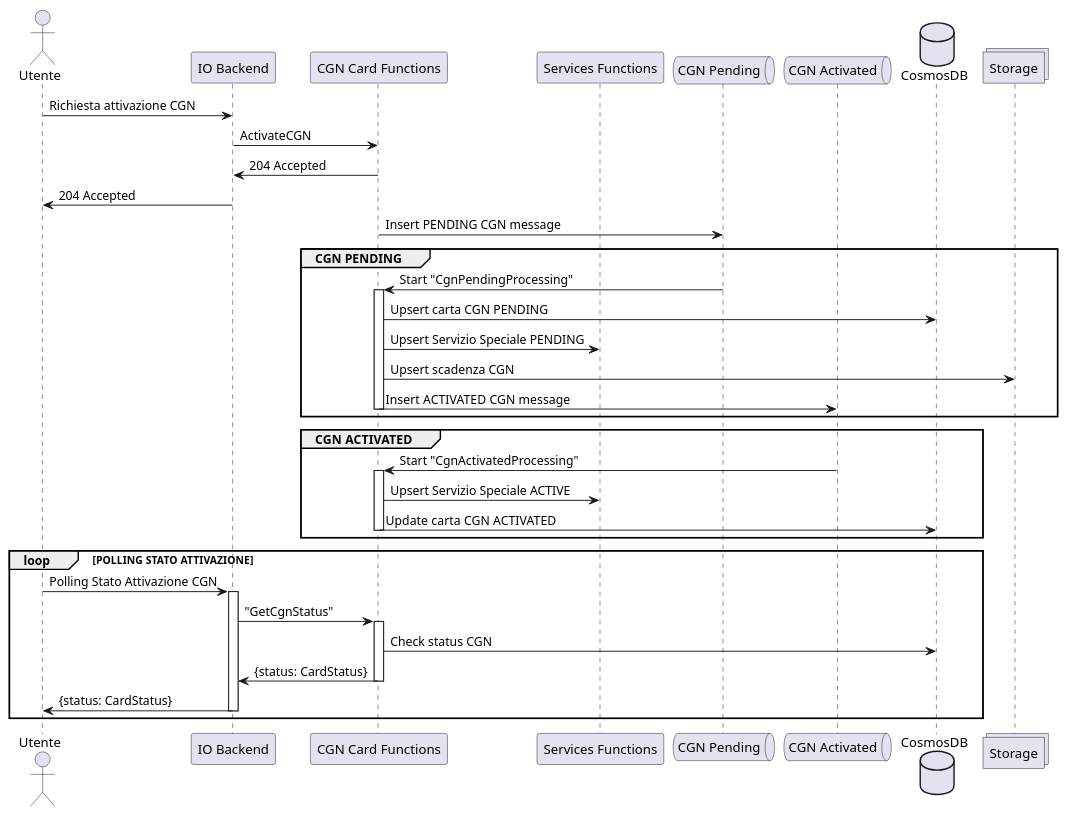
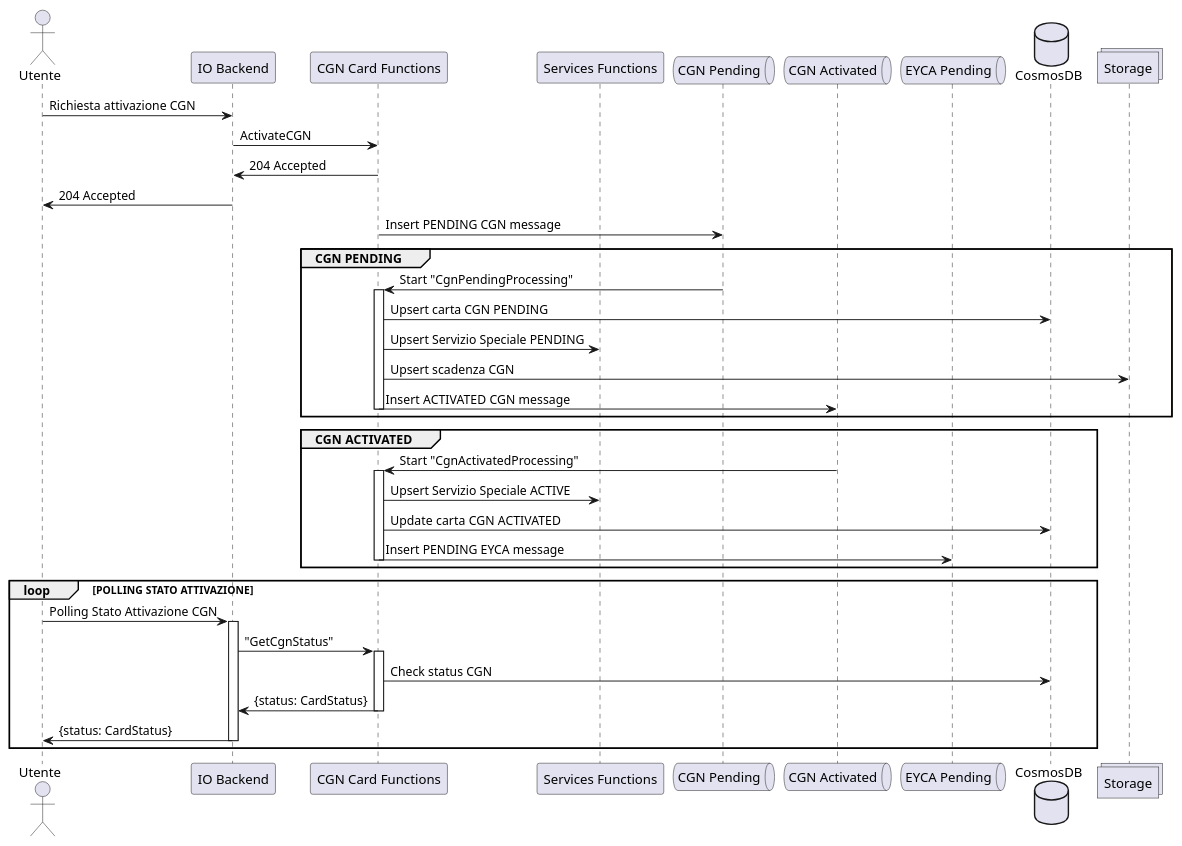
The diagram in docs/card-func/activate_cgn_sequence.puml (pagopa/io-cgn), drawn with PlantUML before and after one commit. The commit also changed 2 other files, not shown here.

Commit message:
sequence diagrams

```diff
--- a/docs/card-func/activate_cgn_sequence.puml
+++ b/docs/card-func/activate_cgn_sequence.puml
@@ -1,48 +1,50 @@
 @startuml Sequence attivazione CGN
 actor       Utente       as cit
 participant "IO Backend" as be
 participant "CGN Card Functions" as cf
 participant "Services Functions" as sf
 queue "CGN Pending" as pending
 queue "CGN Activated" as activated
+queue "EYCA Pending" as epending
 database "CosmosDB" as cosmos
 collections "Storage" as storage
 
 cit -> be : Richiesta attivazione CGN
 be -> cf : ActivateCGN
 cf -> be : 204 Accepted
 be -> cit: 204 Accepted
 cf -> pending : Insert PENDING CGN message
 
 group CGN PENDING
   pending -> cf : Start "CgnPendingProcessing"
   activate cf
   cf -> cosmos : Upsert carta CGN PENDING 
   cf -> sf : Upsert Servizio Speciale PENDING
   cf -> storage : Upsert scadenza CGN
   cf -> activated: Insert ACTIVATED CGN message
   deactivate cf
 end
 
 group CGN ACTIVATED
   activated -> cf : Start "CgnActivatedProcessing"
   activate cf
   cf -> sf : Upsert Servizio Speciale ACTIVE
   cf -> cosmos : Update carta CGN ACTIVATED
+  cf -> epending : Insert PENDING EYCA message  
   deactivate cf 
 end
 
 loop POLLING STATO ATTIVAZIONE
 cit -> be : Polling Stato Attivazione CGN
 activate be
 be -> cf: "GetCgnStatus"
 activate cf
 cf -> cosmos: Check status CGN
 cf -> be: {status: CardStatus}
 deactivate cf
 be -> cit : {status: CardStatus}
 deactivate be
 end
 
 
 @enduml
```
